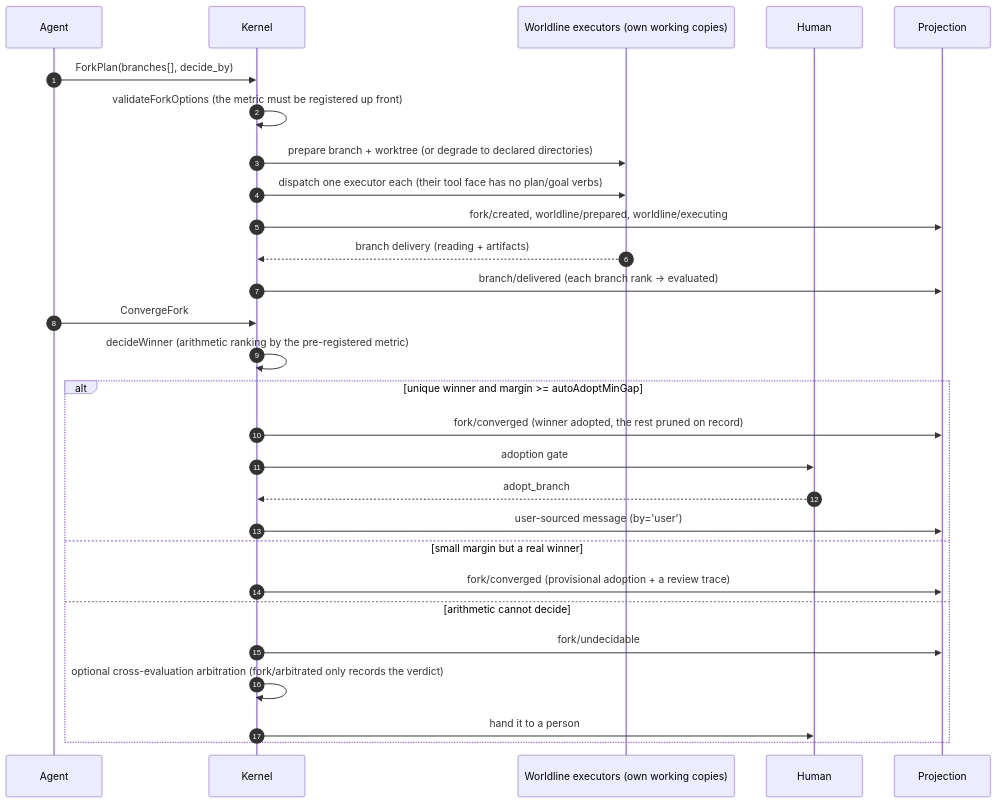
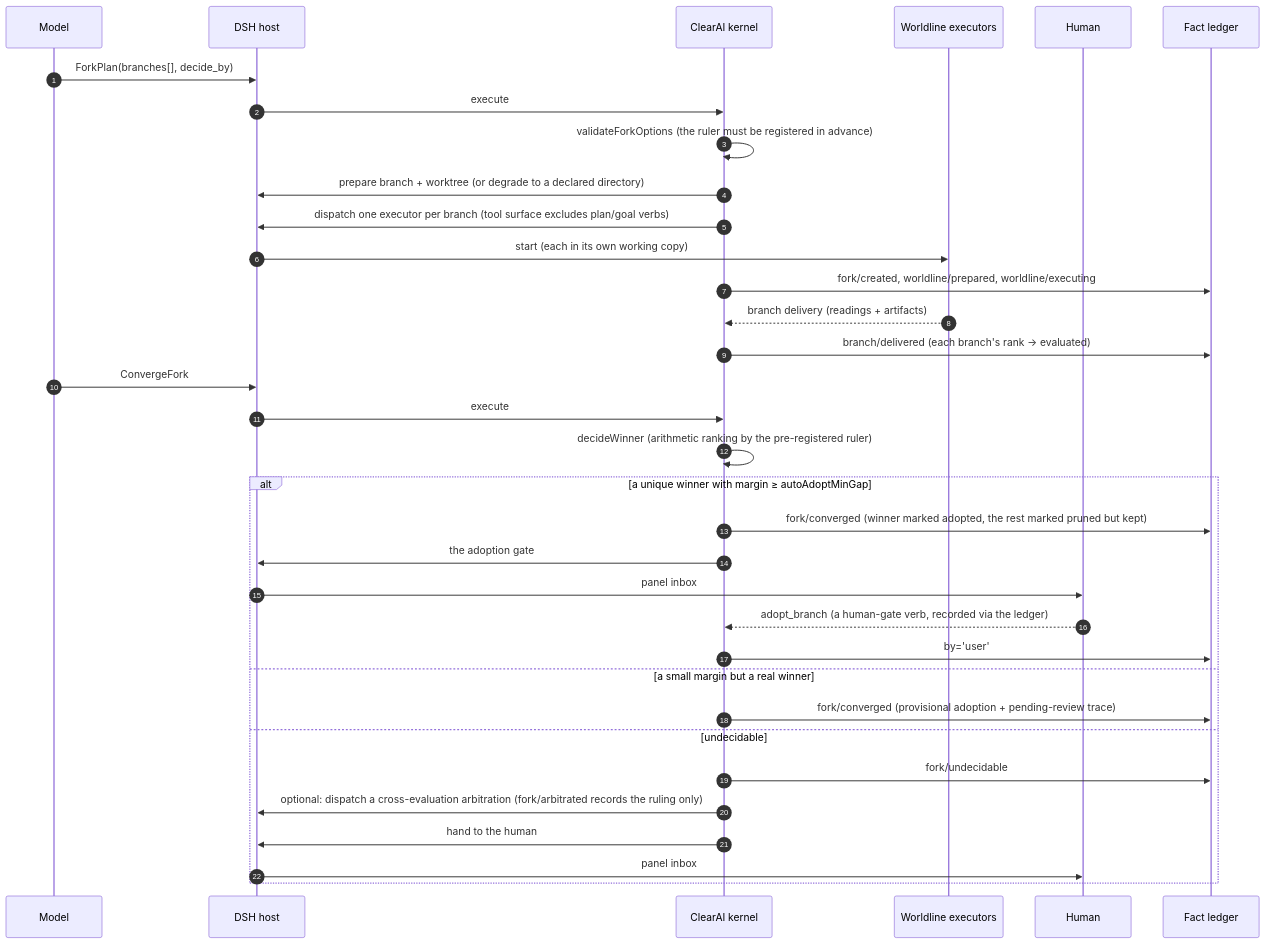
The fifth of 6 diagrams in docs/optimization/timing-diagrams.md (Clearailhc/clearai-dsh), drawn with Mermaid before and after one commit. The commit also changed other lines of this file and 5 other files, not shown here.

First line of the commit message:
docs(optimization): 时序图重写——固定角色表，Agent 拆成模型与宿主

````diff
--- a/docs/optimization/timing-diagrams.md
+++ b/docs/optimization/timing-diagrams.md
@@ -129,33 +182,39 @@
 ```mermaid
 sequenceDiagram
     autonumber
-    participant A as Agent
-    participant K as Kernel
-    participant X as Worldline executors (own working copies)
+    participant M as Model
+    participant D as DSH host
+    participant K as ClearAI kernel
+    participant X as Worldline executors
     participant H as Human
-    participant P as Projection
+    participant L as Fact ledger
 
-    A->>K: ForkPlan(branches[], decide_by)
-    K->>K: validateForkOptions (the metric must be registered up front)
-    K->>X: prepare branch + worktree (or degrade to declared directories)
-    K->>X: dispatch one executor each (their tool face has no plan/goal verbs)
-    K->>P: fork/created, worldline/prepared, worldline/executing
+    M->>D: ForkPlan(branches[], decide_by)
+    D->>K: execute
+    K->>K: validateForkOptions (the ruler must be registered in advance)
+    K->>D: prepare branch + worktree (or degrade to a declared directory)
+    K->>D: dispatch one executor per branch (tool surface excludes plan/goal verbs)
+    D->>X: start (each in its own working copy)
+    K->>L: fork/created, worldline/prepared, worldline/executing
 
-    X-->>K: branch delivery (reading + artifacts)
-    K->>P: branch/delivered (each branch rank -> evaluated)
+    X-->>K: branch delivery (readings + artifacts)
+    K->>L: branch/delivered (each branch's rank → evaluated)
 
-    A->>K: ConvergeFork
-    K->>K: decideWinner (arithmetic ranking by the pre-registered metric)
-    alt unique winner and margin >= autoAdoptMinGap
-        K->>P: fork/converged (winner adopted, the rest pruned on record)
-        K->>H: adoption gate
-        H-->>K: adopt_branch
-        K->>P: user-sourced message (by='user')
-    else small margin but a real winner
-        K->>P: fork/converged (provisional adoption + a review trace)
-    else arithmetic cannot decide
-        K->>P: fork/undecidable
-        K->>K: optional cross-evaluation arbitration (fork/arbitrated only records the verdict)
-        K->>H: hand it to a person
+    M->>D: ConvergeFork
+    D->>K: execute
+    K->>K: decideWinner (arithmetic ranking by the pre-registered ruler)
+    alt a unique winner with margin ≥ autoAdoptMinGap
+        K->>L: fork/converged (winner marked adopted, the rest marked pruned but kept)
+        K->>D: the adoption gate
+        D->>H: panel inbox
+        H-->>K: adopt_branch (a human-gate verb, recorded via the ledger)
+        K->>L: by='user'
+    else a small margin but a real winner
+        K->>L: fork/converged (provisional adoption + pending-review trace)
+    else undecidable
+        K->>L: fork/undecidable
+        K->>D: optional: dispatch a cross-evaluation arbitration (fork/arbitrated records the ruling only)
+        K->>D: hand to the human
+        D->>H: panel inbox
     end
 ```
````
